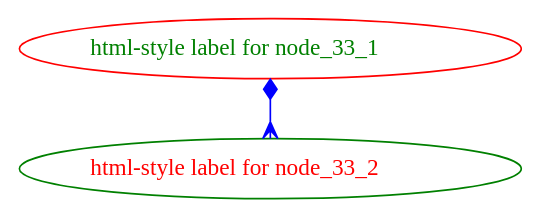
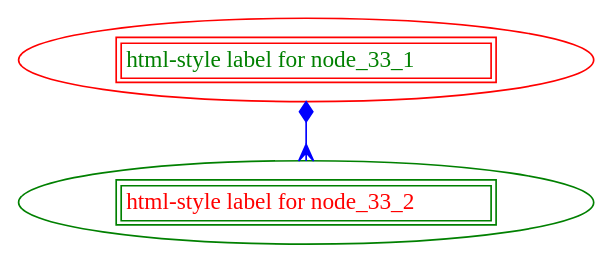
Before and after one commit to gitpan/GraphViz2-Marpa: the diagram in data/33.dot, drawn with Graphviz. The commit also changed 50 other files, not shown here.

First line of the commit message:
Import of RSAVAGE/GraphViz2-Marpa-1.02 from CPAN.

```diff
--- a/data/33.dot
+++ b/data/33.dot
@@ -1,22 +1,22 @@
 digraph graph_33
 {
 	node_33_1
 	[
 		color = red
 		fontcolor = green
-		label = <html-style label for node_33_1>
+		label = <<table><tr><td>html-style label for node_33_1</td></tr></table>>
 	]
 	node_33_2
 	[
 		color = green
 		fontcolor = red
-		label = <html-style label for node_33_2>
+		label = <<table><tr><td>html-style label for node_33_2</td></tr></table>>
 	]
 	node_33_1 -> node_33_2
 	[
 		arrowhead = crow
 		arrowtail = diamond
 		color = blue
 		dir = both
 	]
 }
```
